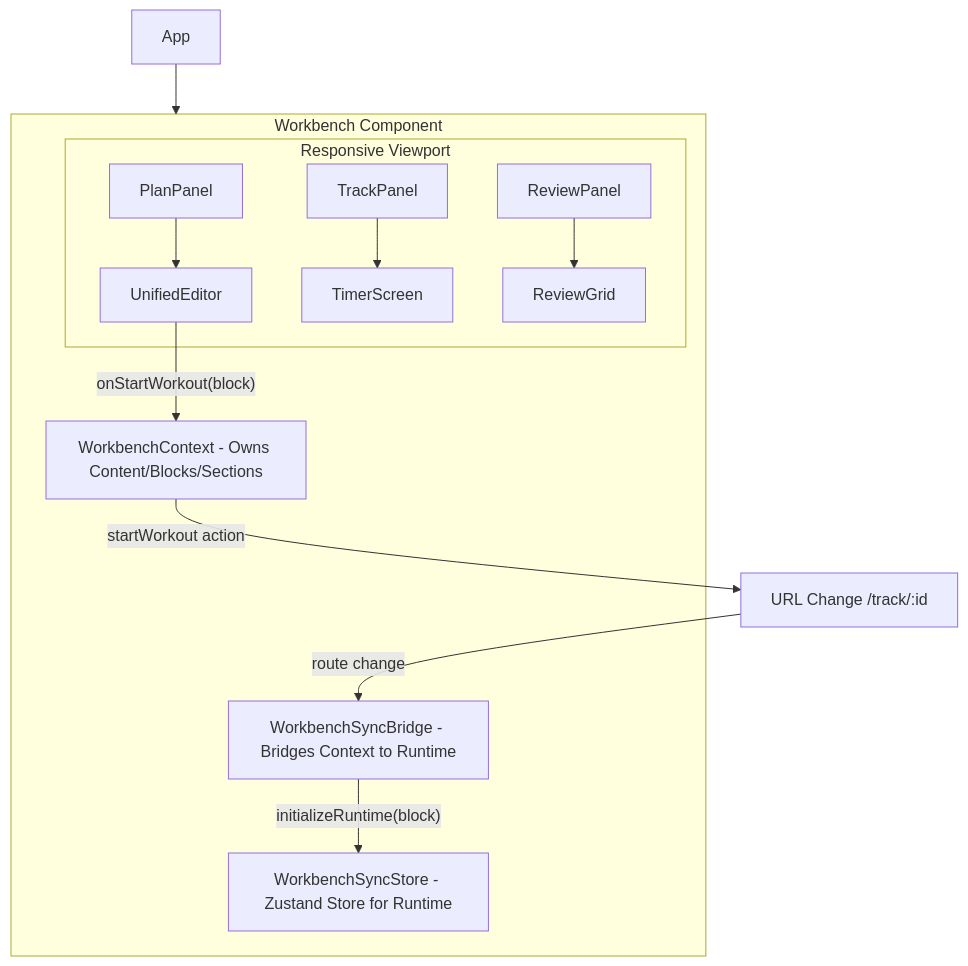
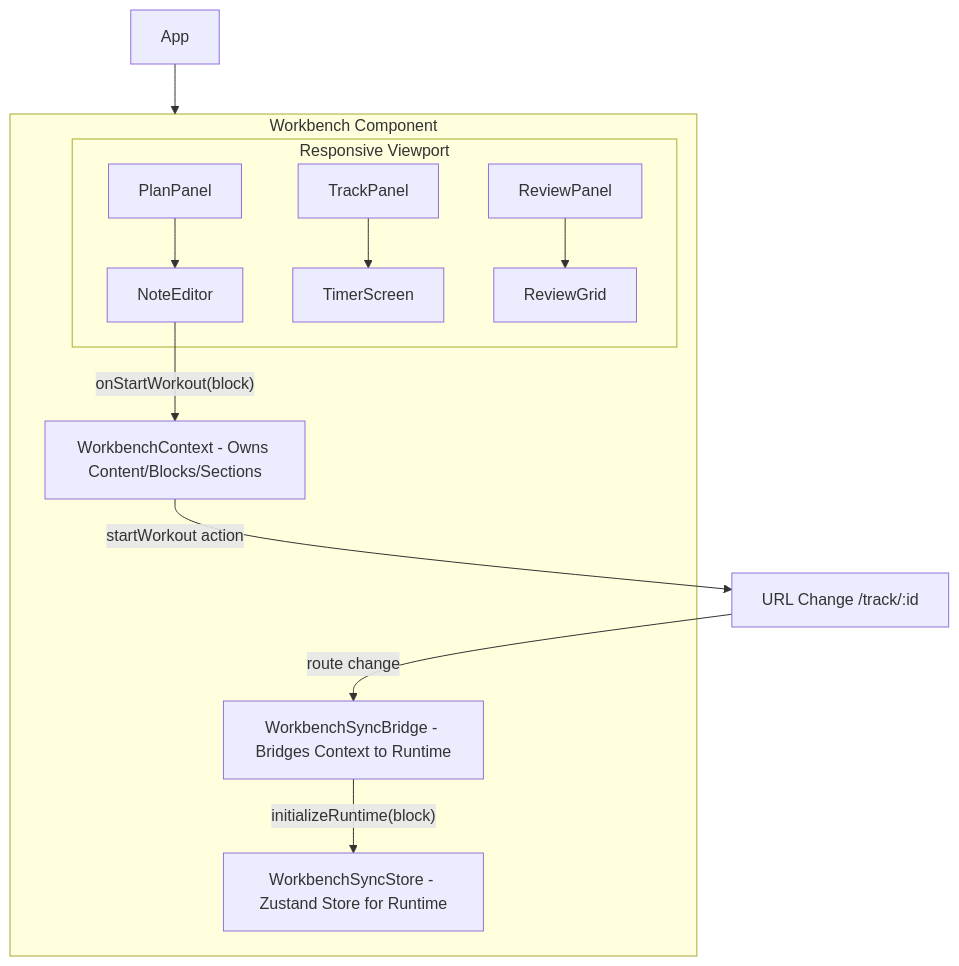
The first of 2 diagrams in docs/decoupling-planner-workbench.md (SergeiGolos/wod-wiki), drawn with Mermaid before and after one commit. The commit also changed other lines of this file and 56 other files, not shown here.

````diff
--- a/docs/decoupling-planner-workbench.md
+++ b/docs/decoupling-planner-workbench.md
@@ -11,21 +11,21 @@
 ```mermaid
 graph TD
     App --> Workbench
     subgraph Workbench [Workbench Component]
         WorkbenchContext[WorkbenchContext - Owns Content/Blocks/Sections]
         WorkbenchSyncStore[WorkbenchSyncStore - Zustand Store for Runtime]
         
         subgraph Viewport [Responsive Viewport]
-            PlanPanel --> UnifiedEditor
+            PlanPanel --> NoteEditor
             TrackPanel --> TimerScreen
             ReviewPanel --> ReviewGrid
         end
         
         WorkbenchSyncBridge[WorkbenchSyncBridge - Bridges Context to Runtime]
     end
     
-    UnifiedEditor -- "onStartWorkout(block)" --> WorkbenchContext
+    NoteEditor -- "onStartWorkout(block)" --> WorkbenchContext
     WorkbenchContext -- "startWorkout action" --> Navigation[URL Change /track/:id]
     Navigation -- "route change" --> WorkbenchSyncBridge
     WorkbenchSyncBridge -- "initializeRuntime(block)" --> WorkbenchSyncStore
 ```
````
